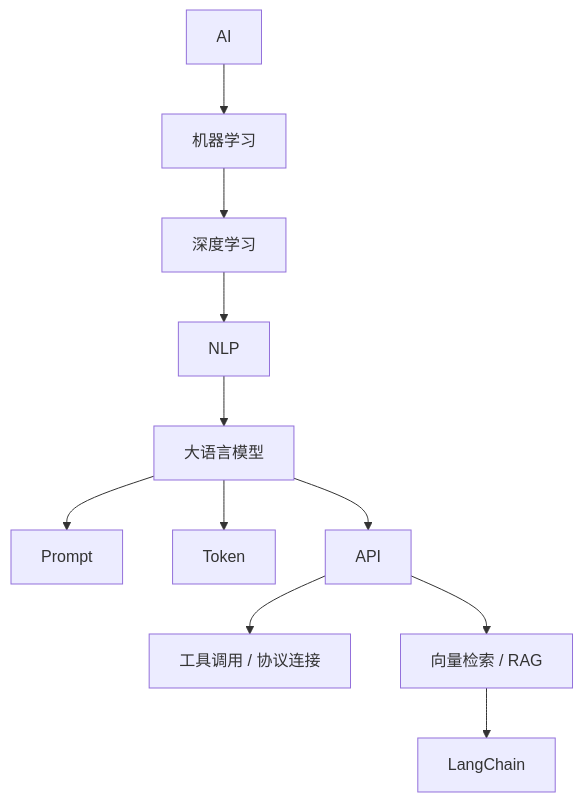
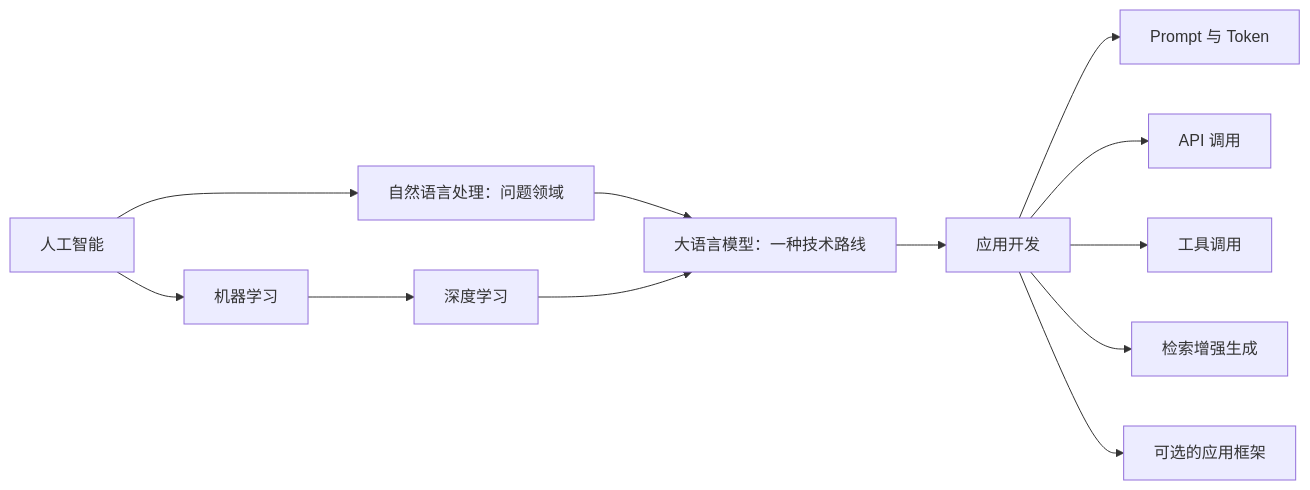
One commit to benx92/ai-learning-notes changed diagram 17 of 17 in 01-我先把大模型是什么这件事想明白.md. Above: the diagram before and after it, drawn with Mermaid. The commit also changed other lines of this file and 43 other files, not shown here.

````diff
--- a/01-我先把大模型是什么这件事想明白.md
+++ b/01-我先把大模型是什么这件事想明白.md
@@ -642,13 +642,14 @@
 ```mermaid
-flowchart TD
-    AI[AI] --> ML[机器学习]
+flowchart LR
+    AI[人工智能] --> ML[机器学习]
+    AI --> NLP[自然语言处理：问题领域]
     ML --> DL[深度学习]
-    DL --> NLP[NLP]
-    NLP --> LLM[大语言模型]
-    LLM --> P[Prompt]
-    LLM --> T[Token]
-    LLM --> API[API]
-    API --> Tool[工具调用 / 协议连接]
-    API --> RAG[向量检索 / RAG]
-    RAG --> LC[LangChain]
+    NLP --> LLM[大语言模型：一种技术路线]
+    DL --> LLM
+    LLM --> Use[应用开发]
+    Use --> P[Prompt 与 Token]
+    Use --> API[API 调用]
+    Use --> Tool[工具调用]
+    Use --> RAG[检索增强生成]
+    Use --> LC[可选的应用框架]
 ```
````
